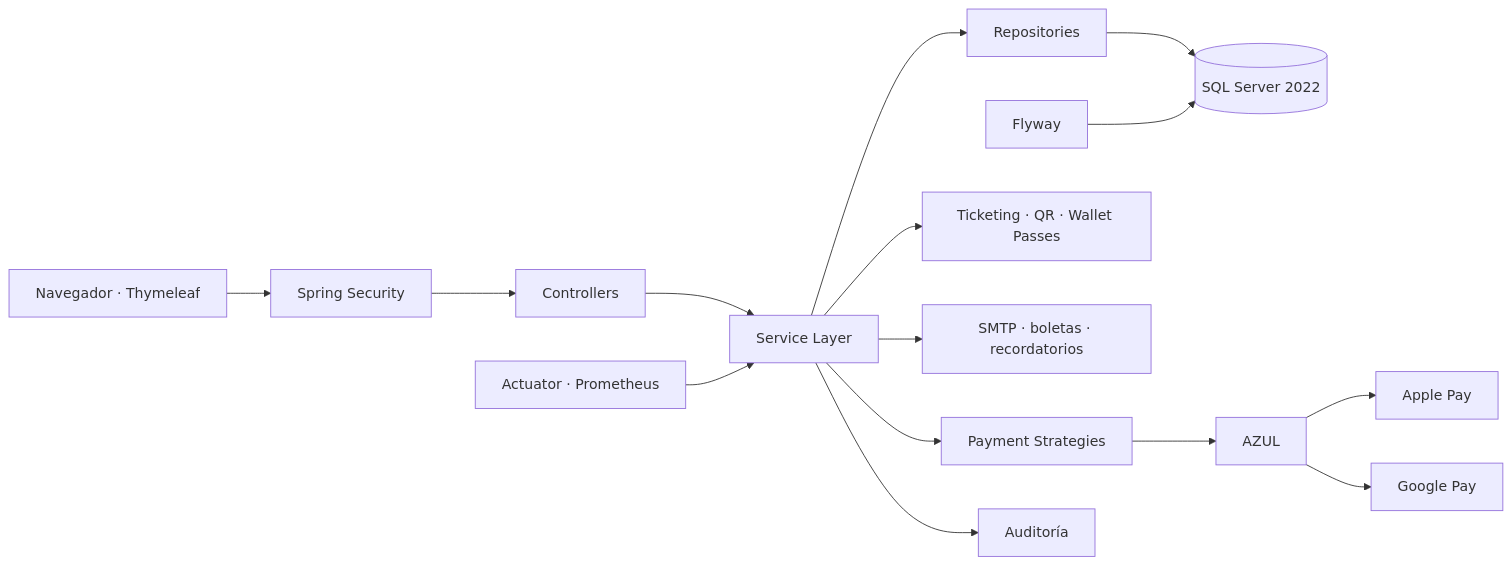
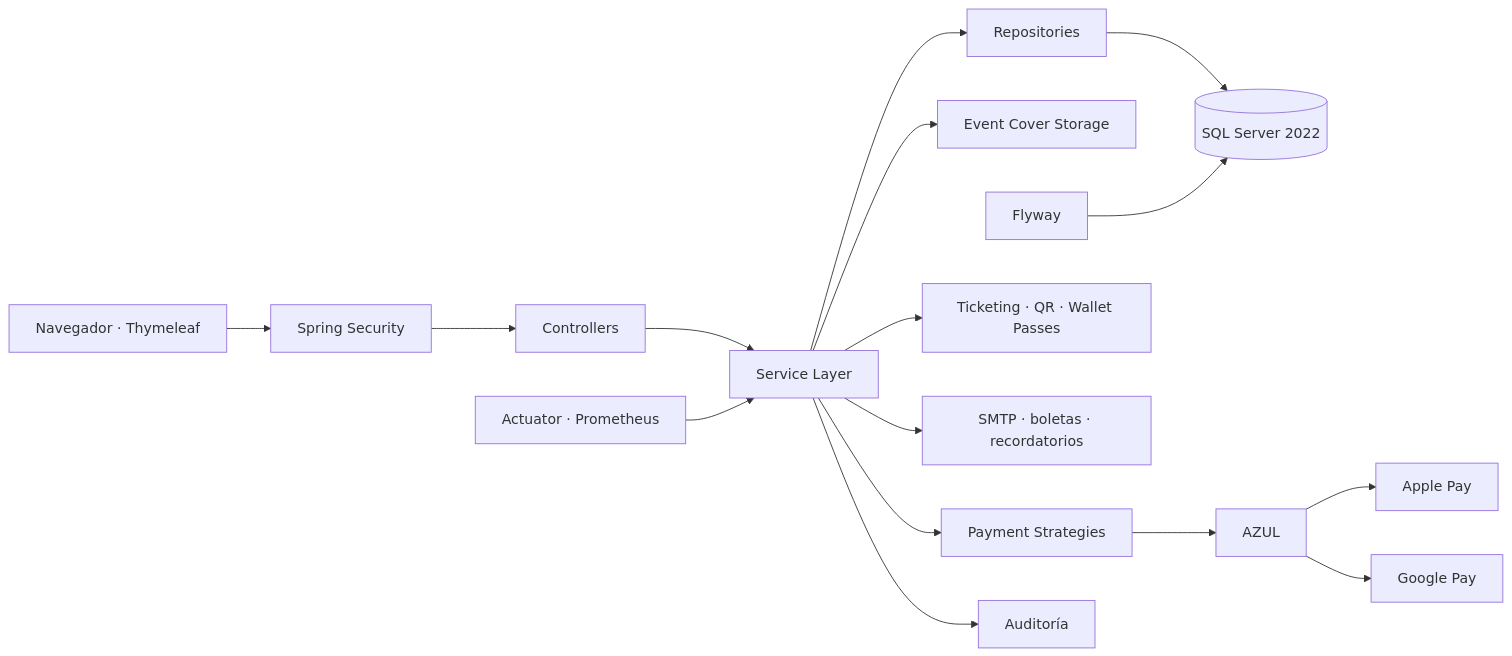
Before and after one commit to Jairo0811/Eventix: the diagram in README.md, drawn with Mermaid. The commit also changed other lines of this file, not shown here.

````diff
--- a/README.md
+++ b/README.md
@@ -316,17 +344,18 @@
 ```mermaid
 flowchart LR
     Browser["Navegador · Thymeleaf"] --> Security["Spring Security"]
     Security --> Controller["Controllers"]
     Controller --> Service["Service Layer"]
     Service --> Repository["Repositories"]
     Repository --> Database[(SQL Server 2022)]
+    Service --> CoverStorage["Event Cover Storage"]
     Service --> Payments["Payment Strategies"]
     Payments --> Azul["AZUL"]
     Azul --> ApplePay["Apple Pay"]
     Azul --> GooglePay["Google Pay"]
     Service --> Ticketing["Ticketing · QR · Wallet Passes"]
     Service --> Notifications["SMTP · boletas · recordatorios"]
     Flyway["Flyway"] --> Database
     Metrics["Actuator · Prometheus"] --> Service
     Service --> Audit["Auditoría"]
 ```
````
